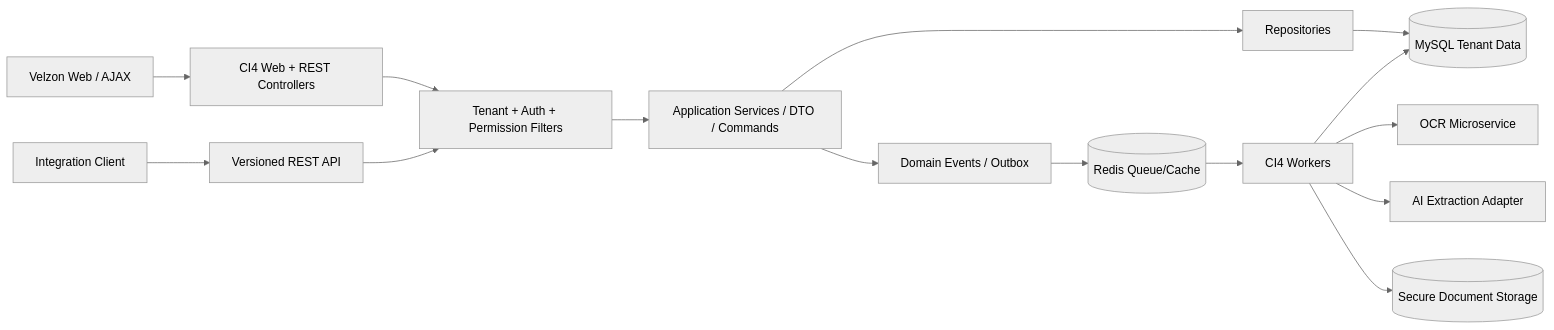
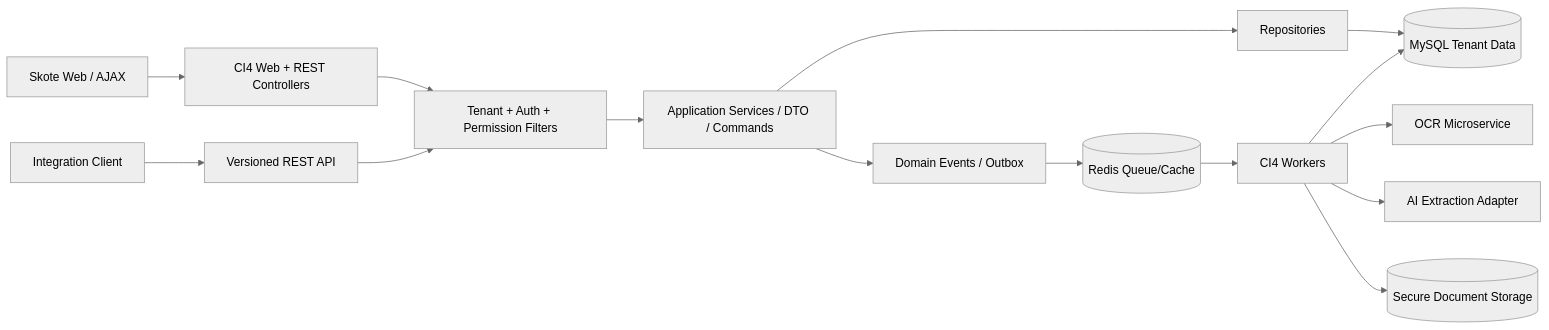
Before and after one commit to youhunt/pena-erp: the diagram in docs/01-enterprise-blueprint.md, drawn with Mermaid (neutral theme). The commit also changed other lines of this file and 110 other files, not shown here.

````diff
--- a/docs/01-enterprise-blueprint.md
+++ b/docs/01-enterprise-blueprint.md
@@ -45,17 +45,17 @@
 ```mermaid
 flowchart LR
-    Browser[Velzon Web / AJAX] --> Web[CI4 Web + REST Controllers]
+    Browser[Skote Web / AJAX] --> Web[CI4 Web + REST Controllers]
     Client[Integration Client] --> API[Versioned REST API]
     Web --> Filters[Tenant + Auth + Permission Filters]
     API --> Filters
     Filters --> Services[Application Services / DTO / Commands]
     Services --> Repos[Repositories]
     Repos --> DB[(MySQL Tenant Data)]
     Services --> Events[Domain Events / Outbox]
     Events --> Redis[(Redis Queue/Cache)]
     Redis --> Workers[CI4 Workers]
     Workers --> OCR[OCR Microservice]
     Workers --> LLM[AI Extraction Adapter]
     Workers --> Storage[(Secure Document Storage)]
     Workers --> DB
 ```
````
